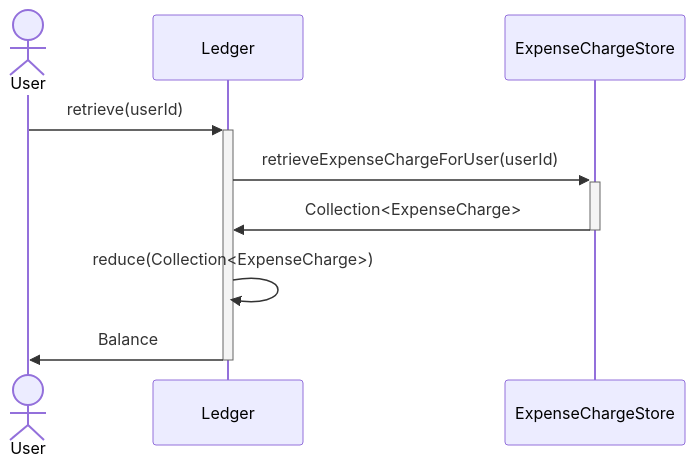
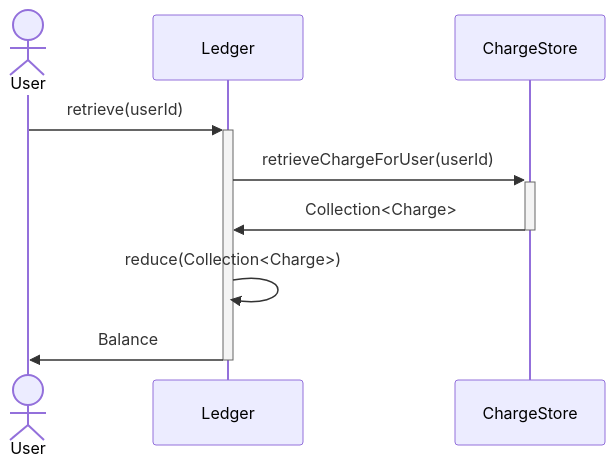
One commit to Cirius1792/expense-app-v3 changed the third of 4 diagrams in README.md. Above: the diagram before and after it, drawn with Mermaid. The commit also changed other lines of this file and 137 other files, not shown here.

````diff
--- a/README.md
+++ b/README.md
@@ -30,9 +60,9 @@
 ```mermaid
 sequenceDiagram
     actor User
     User ->>+ Ledger: retrieve(userId)
-    Ledger ->>+ ExpenseChargeStore: retrieveExpenseChargeForUser(userId)
-    ExpenseChargeStore ->>- Ledger: Collection<ExpenseCharge>
-    Ledger ->> Ledger: reduce(Collection<ExpenseCharge>)
+    Ledger ->>+ ChargeStore: retrieveChargeForUser(userId)
+    ChargeStore ->>- Ledger: Collection<Charge>
+    Ledger ->> Ledger: reduce(Collection<Charge>)
     Ledger ->>- User: Balance
 ```
````
